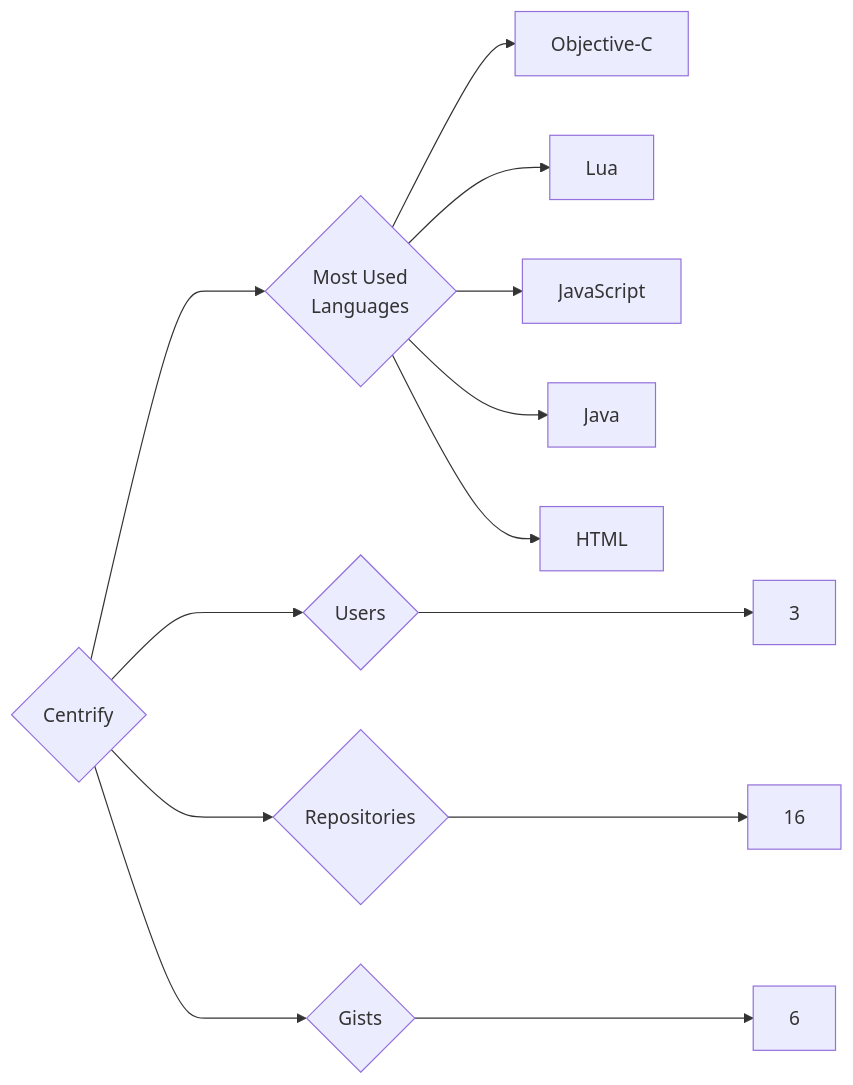
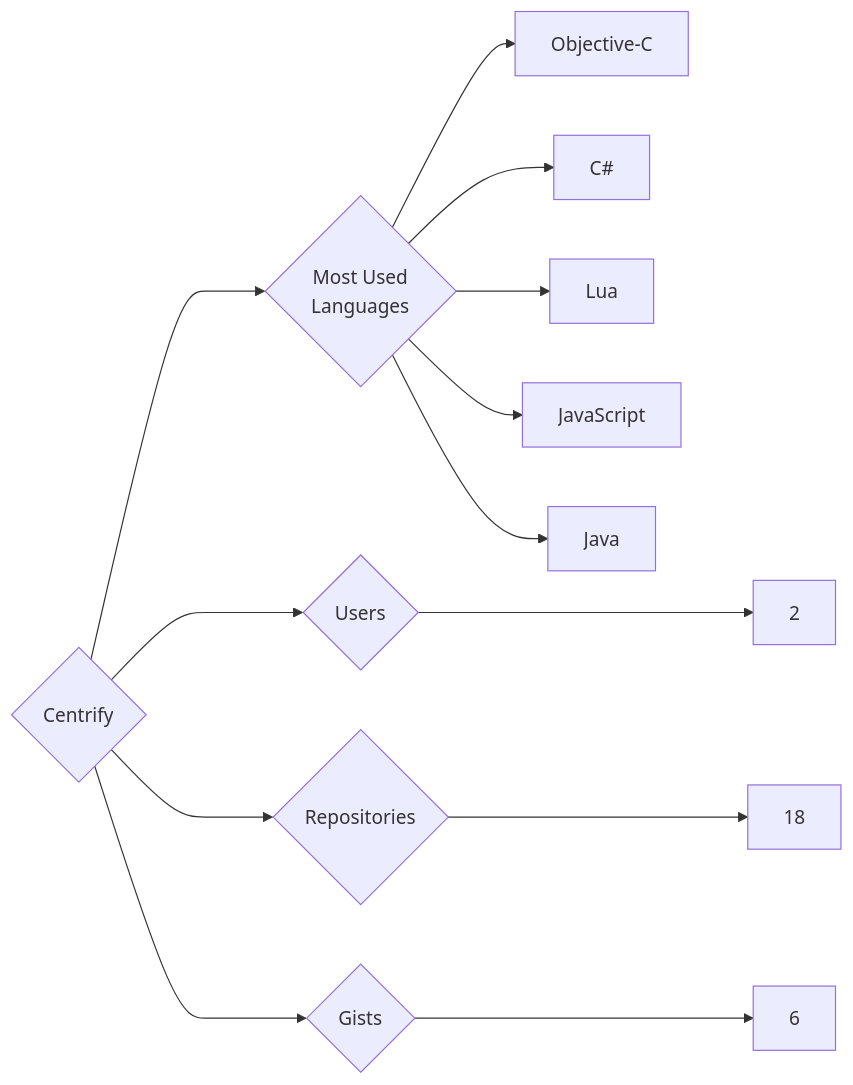
One commit to trickest/insiders changed the diagram in targets/Centrify/README.md. Above: the diagram before and after it, drawn with Mermaid. The commit also changed 545 other files, not shown here.

````diff
--- a/targets/Centrify/README.md
+++ b/targets/Centrify/README.md
@@ -3,13 +3,13 @@
 ```mermaid
 graph LR
 COMPANY_NAME{Centrify}
-COMPANY_NAME ---> U{Users} ---> UN[3]
-COMPANY_NAME ---> R{Repositories} ---> RN[16]
+COMPANY_NAME ---> U{Users} ---> UN[2]
+COMPANY_NAME ---> R{Repositories} ---> RN[18]
 COMPANY_NAME ---> G{Gists} ---> GN[6]
 COMPANY_NAME ---> ML{Most Used<br>Languages}
 ML --> Objective-C[Objective-C]
+ML --> C#[C#]
 ML --> Lua[Lua]
 ML --> JavaScript[JavaScript]
 ML --> Java[Java]
-ML --> HTML[HTML]
 ```
````
